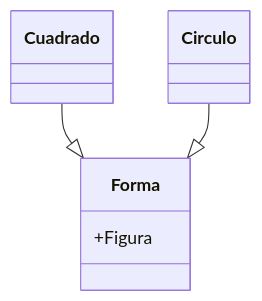
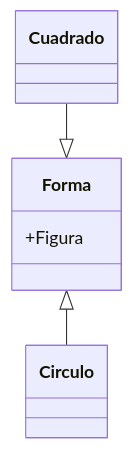
Before and after one commit to Angeles489/HerenciaCpp: the diagram in Herencia_Angeles_araiza/ejericicio_05_diagrama.md, drawn with Mermaid.

````diff
--- a/Herencia_Angeles_araiza/ejericicio_05_diagrama.md
+++ b/Herencia_Angeles_araiza/ejericicio_05_diagrama.md
@@ -2,12 +2,12 @@
 ```mermaid
  classDiagram
   
     class Forma{
     +Figura}
 
 class Cuadrado
 class Circulo
 
 Cuadrado --|> Forma
-Circulo --|> Forma
+Forma <|-- Circulo
 ```
````
